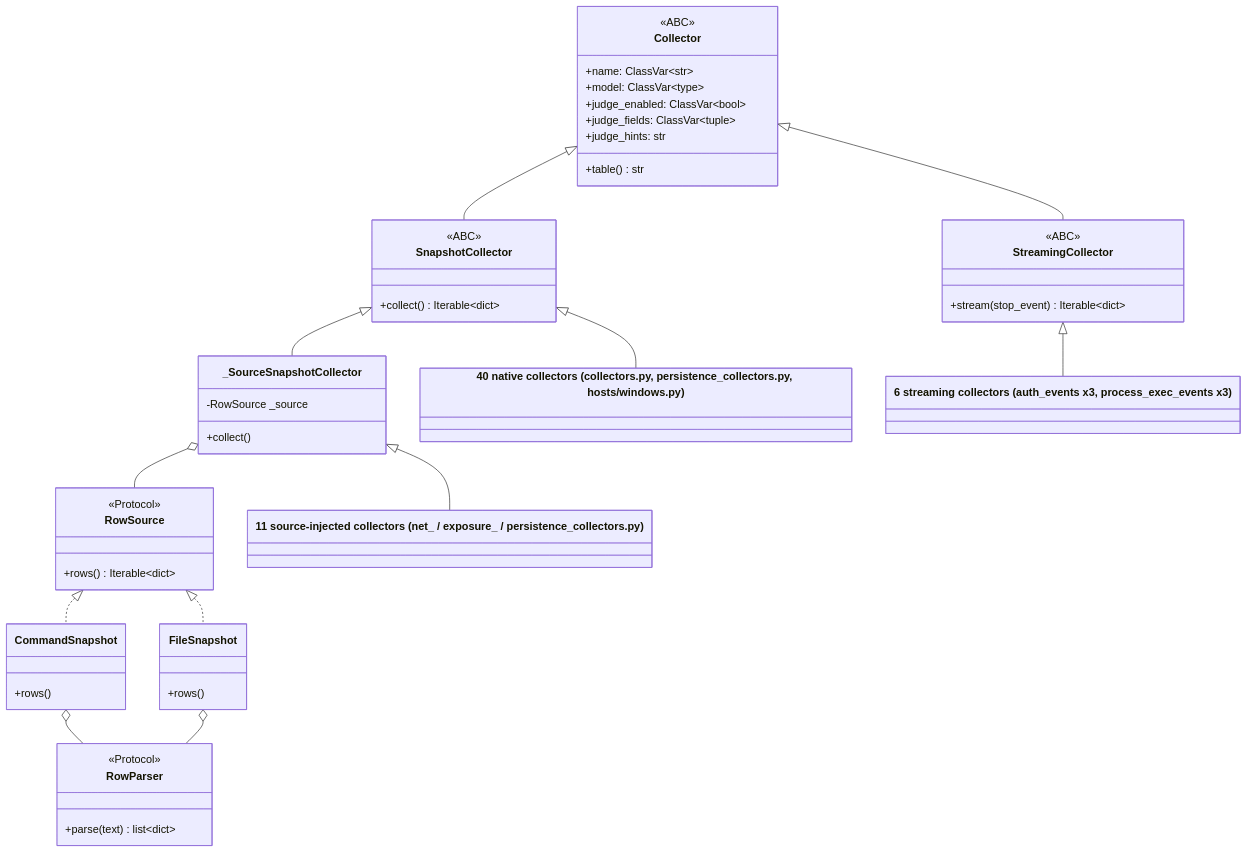
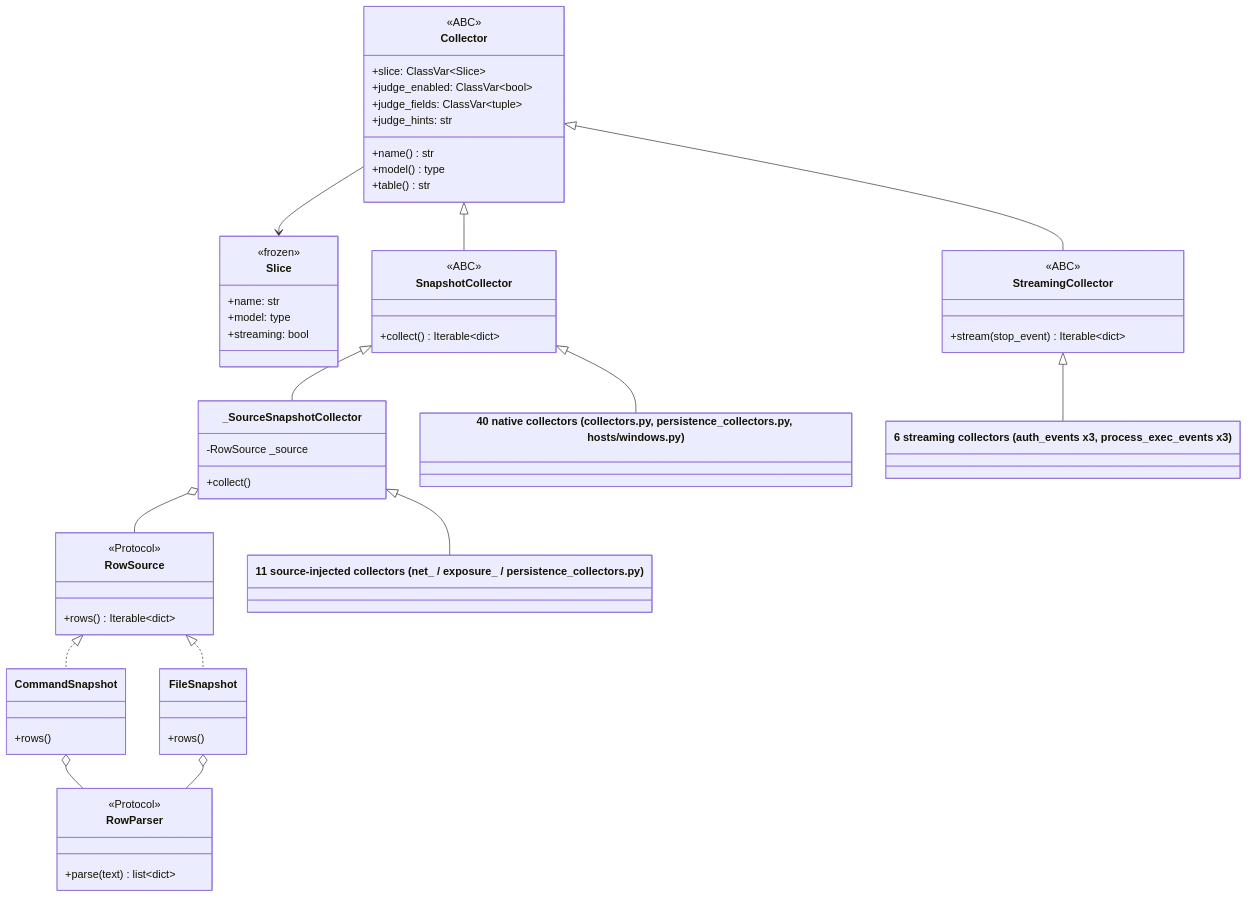
Before and after one commit to iklobato/avai: the ninth of 22 diagrams in docs/ARCHITECTURE.md, drawn with Mermaid. The commit also changed other lines of this file and 1 other file, not shown here.

First line of the commit message:
docs: document the slice catalog and record phase 2

````diff
--- a/docs/ARCHITECTURE.md
+++ b/docs/ARCHITECTURE.md
@@ -553,53 +558,61 @@
 ```mermaid
 classDiagram
     class Collector {
         <<ABC>>
-        +name: ClassVar~str~
-        +model: ClassVar~type~
+        +slice: ClassVar~Slice~
+        +name() str
+        +model() type
         +judge_enabled: ClassVar~bool~
         +judge_fields: ClassVar~tuple~
         +judge_hints: str
         +table() str
     }
+    class Slice {
+        <<frozen>>
+        +name: str
+        +model: type
+        +streaming: bool
+    }
+    Collector --> Slice
     class SnapshotCollector {
         <<ABC>>
         +collect() Iterable~dict~
     }
     class StreamingCollector {
         <<ABC>>
         +stream(stop_event) Iterable~dict~
     }
     class _SourceSnapshotCollector {
         -RowSource _source
         +collect()
     }
     class RowSource {
         <<Protocol>>
         +rows() Iterable~dict~
     }
     class RowParser {
         <<Protocol>>
         +parse(text) list~dict~
     }
     class CommandSnapshot {
         +rows()
     }
     class FileSnapshot {
         +rows()
     }
     Collector <|-- SnapshotCollector
     Collector <|-- StreamingCollector
     SnapshotCollector <|-- _SourceSnapshotCollector
     _SourceSnapshotCollector o-- RowSource
     RowSource <|.. CommandSnapshot
     RowSource <|.. FileSnapshot
     CommandSnapshot o-- RowParser
     FileSnapshot o-- RowParser
 
     class Native["40 native collectors (collectors.py, persistence_collectors.py, hosts/windows.py)"]
     class Sourced["11 source-injected collectors (net_ / exposure_ / persistence_collectors.py)"]
     class Streams["6 streaming collectors (auth_events x3, process_exec_events x3)"]
     SnapshotCollector <|-- Native
     _SourceSnapshotCollector <|-- Sourced
     StreamingCollector <|-- Streams
 ```
````
